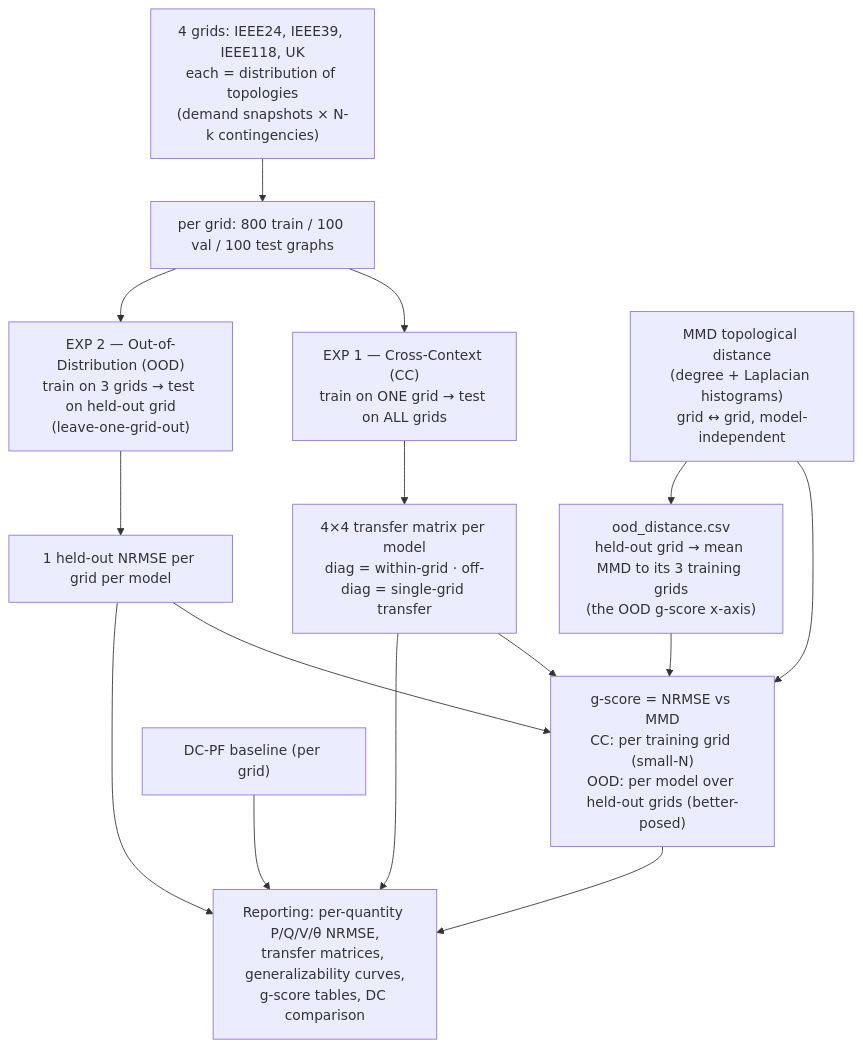
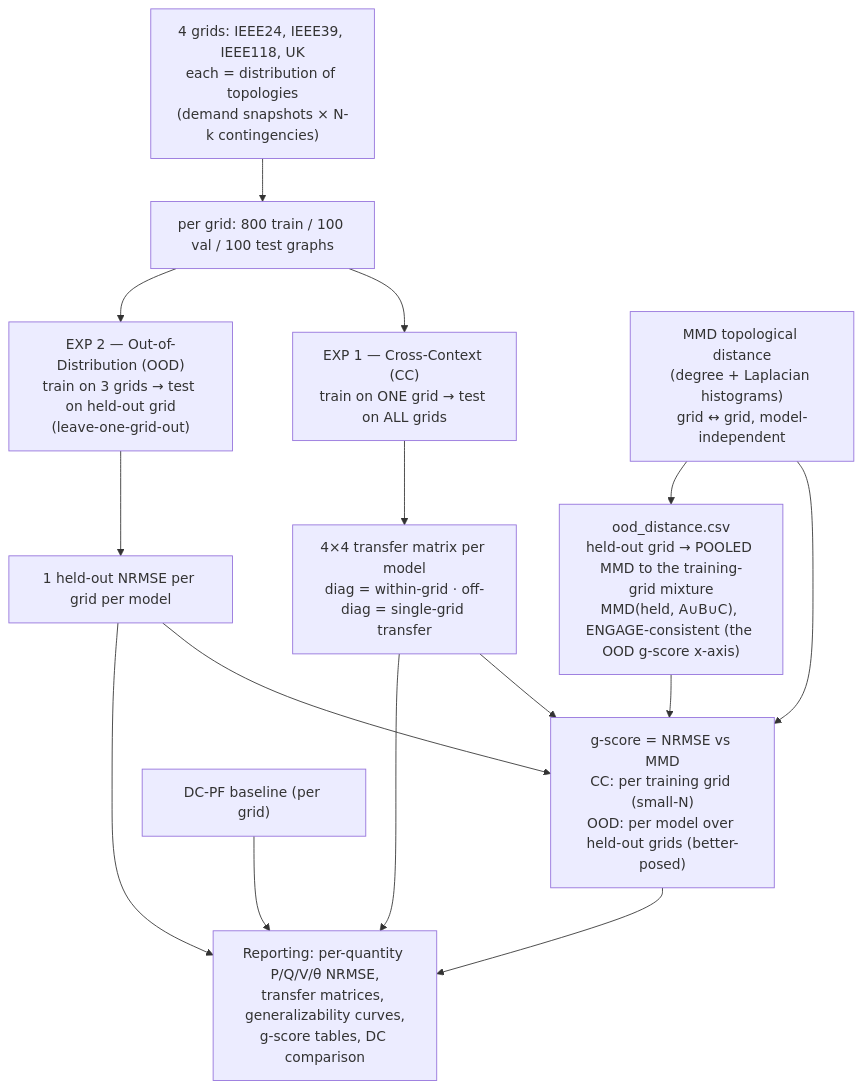
One commit to Davjes15/eval_gnn_generalization_pg changed the diagram in docs/Experimental_Design_transmission_GNN_generalization.md. Above: the diagram before and after it, drawn with Mermaid. The commit also changed 13 other files, not shown here.

Commit message:
fix(OOD): pooled MMD to training mixture (ENGAGE-consistent), recompute ood_distance/gscore_ood + all docs

````diff
--- a/docs/Experimental_Design_transmission_GNN_generalization.md
+++ b/docs/Experimental_Design_transmission_GNN_generalization.md
@@ -23,21 +23,21 @@
 ```mermaid
 flowchart TD
     G["4 grids: IEEE24, IEEE39, IEEE118, UK<br/>each = distribution of topologies<br/>(demand snapshots × N-k contingencies)"] --> DS["per grid: 800 train / 100 val / 100 test graphs"]
 
     DS --> CC["EXP 1 — Cross-Context (CC)<br/>train on ONE grid → test on ALL grids"]
     DS --> OOD["EXP 2 — Out-of-Distribution (OOD)<br/>train on 3 grids → test on held-out grid<br/>(leave-one-grid-out)"]
 
     CC --> CCM["4×4 transfer matrix per model<br/>diag = within-grid · off-diag = single-grid transfer"]
     OOD --> OODM["1 held-out NRMSE per grid per model"]
 
     MMD["MMD topological distance<br/>(degree + Laplacian histograms)<br/>grid ↔ grid, model-independent"] --> GS
     CCM --> GS["g-score = NRMSE vs MMD<br/>CC: per training grid (small-N)<br/>OOD: per model over held-out grids (better-posed)"]
     OODM --> GS
-    MMD --> OODD["ood_distance.csv<br/>held-out grid → mean MMD to its 3 training grids<br/>(the OOD g-score x-axis)"]
+    MMD --> OODD["ood_distance.csv<br/>held-out grid → POOLED MMD to the training-grid mixture<br/>MMD(held, A∪B∪C), ENGAGE-consistent (the OOD g-score x-axis)"]
     OODD --> GS
 
     DC["DC-PF baseline (per grid)"] --> REP
     CCM --> REP["Reporting: per-quantity P/Q/V/θ NRMSE,<br/>transfer matrices, generalizability curves,<br/>g-score tables, DC comparison"]
     OODM --> REP
     GS --> REP
 ```
````
